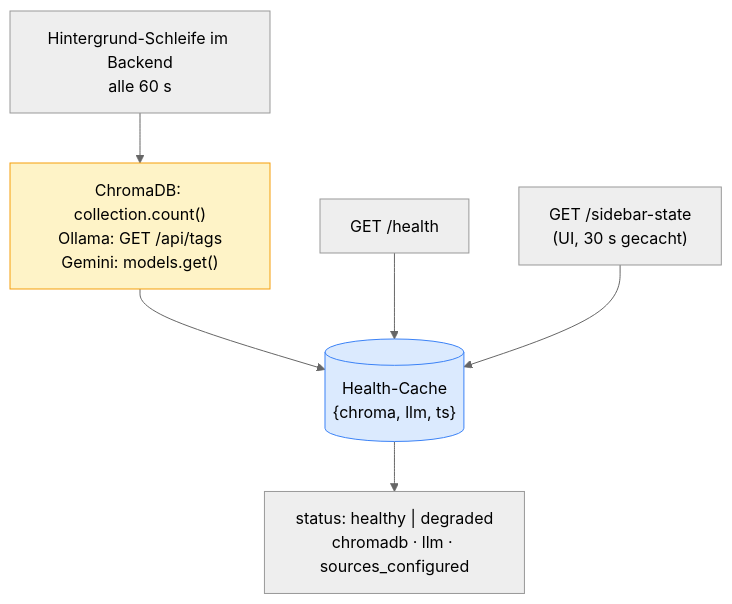
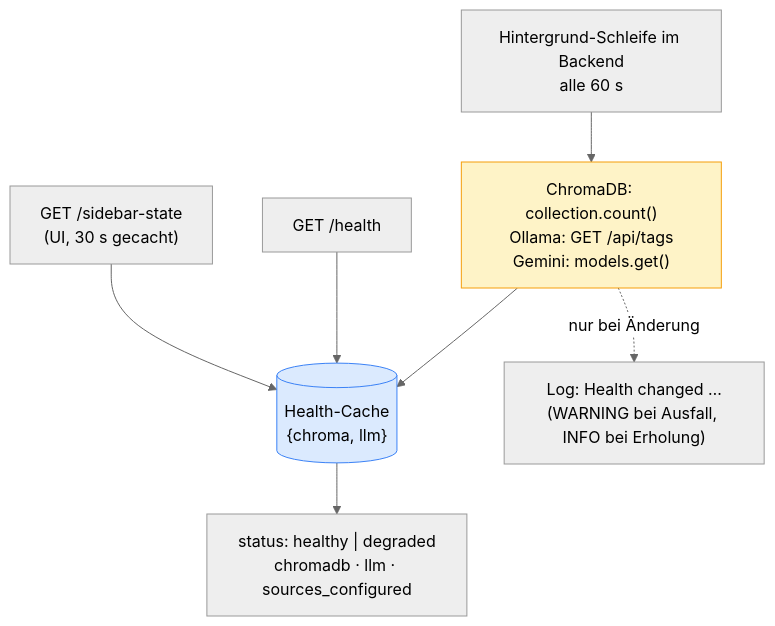
Before and after one commit to FabianHentrich/lorekeeper: the fifth of 5 diagrams in docs/data-flow.md, drawn with Mermaid (neutral theme). The commit also changed other lines of this file and 6 other files, not shown here.

````diff
--- a/docs/data-flow.md
+++ b/docs/data-flow.md
@@ -164,13 +164,14 @@
 ```mermaid
 flowchart TD
     LOOP["Hintergrund-Schleife im Backend\nalle 60 s"]
     LOOP --> CHECK["ChromaDB: collection.count()\nOllama: GET /api/tags\nGemini: models.get()"]
-    CHECK --> CACHE[("Health-Cache\n{chroma, llm, ts}")]
+    CHECK --> CACHE[("Health-Cache\n{chroma, llm}")]
+    CHECK -.->|"nur bei Änderung"| LOG["Log: Health changed …\n(WARNING bei Ausfall, INFO bei Erholung)"]
 
     REQ1["GET /health"] --> CACHE
     REQ2["GET /sidebar-state\n(UI, 30 s gecacht)"] --> CACHE
     CACHE --> RESP["status: healthy | degraded\nchromadb · llm · sources_configured"]
 
     style CACHE fill:#dbeafe,stroke:#3b82f6
     style CHECK fill:#fef3c7,stroke:#f59e0b
 ```
````
